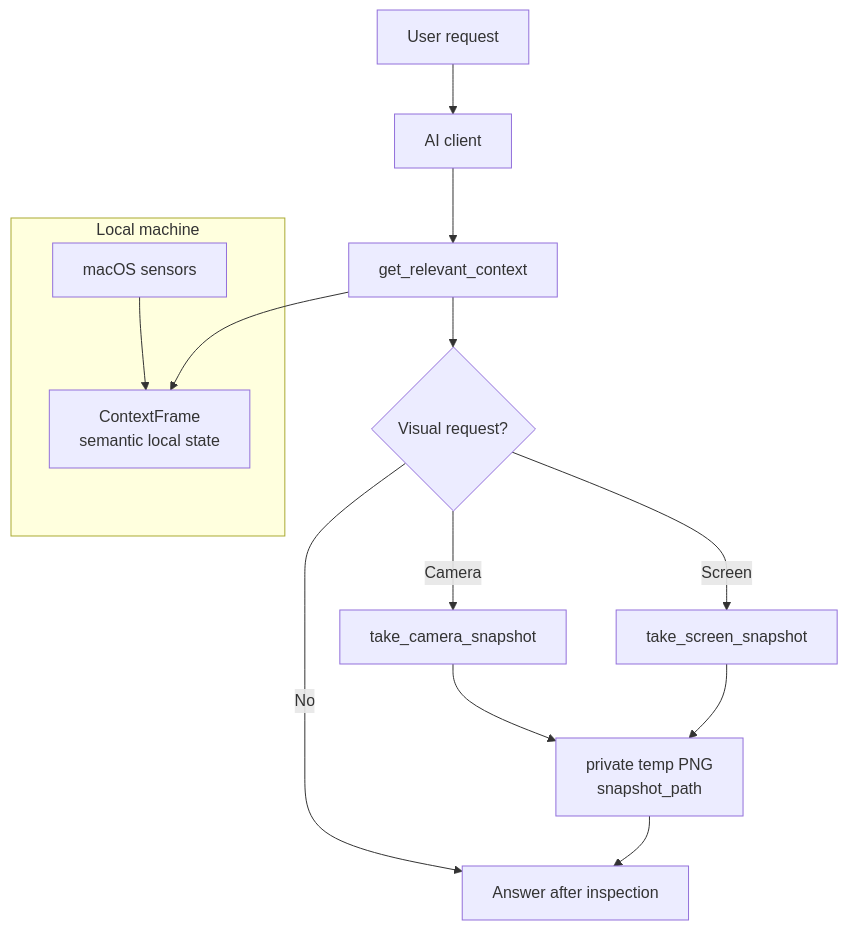
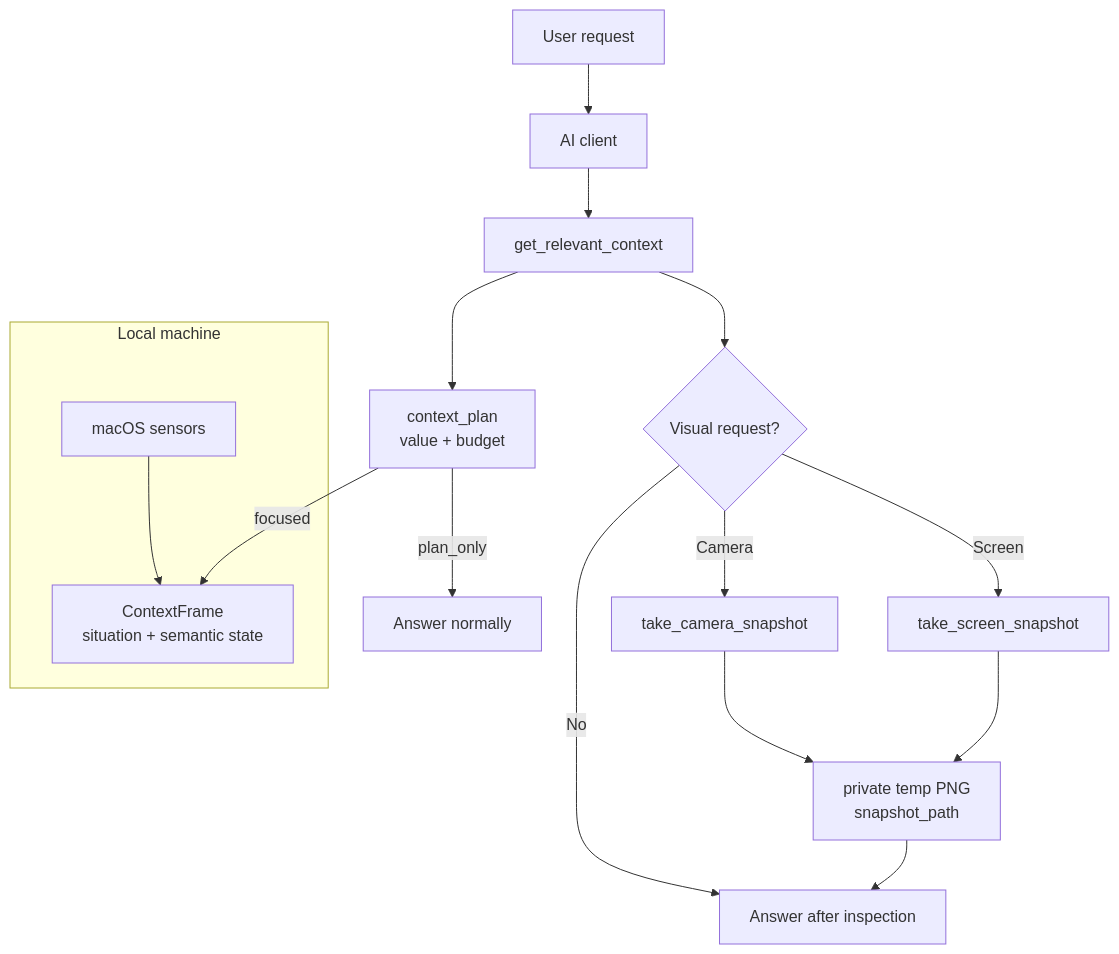
Before and after one commit to ChrisJDiMarco/sense-mcp: the diagram in README.md, drawn with Mermaid. The commit also changed other lines of this file and 33 other files, not shown here.

````diff
--- a/README.md
+++ b/README.md
@@ -78,18 +85,20 @@
 ```mermaid
 flowchart TD
   U["User request"] --> C["AI client"]
   C --> R["get_relevant_context"]
-  R --> F["ContextFrame<br/>semantic local state"]
+  R --> P["context_plan<br/>value + budget"]
+  P -->|"plan_only"| N["Answer normally"]
+  P -->|"focused"| F["ContextFrame<br/>situation + semantic state"]
   R --> T{"Visual request?"}
   T -->|"No"| A["Answer with context"]
   T -->|"Camera"| CAM["take_camera_snapshot"]
   T -->|"Screen"| SCR["take_screen_snapshot"]
-  CAM --> P["private temp PNG<br/>snapshot_path"]
-  SCR --> P
-  P --> A["Answer after inspection"]
+  CAM --> IMG["private temp PNG<br/>snapshot_path"]
+  SCR --> IMG
+  IMG --> A["Answer after inspection"]
 
   subgraph Local machine
     S["macOS sensors"]
     S --> F
   end
 ```
````
